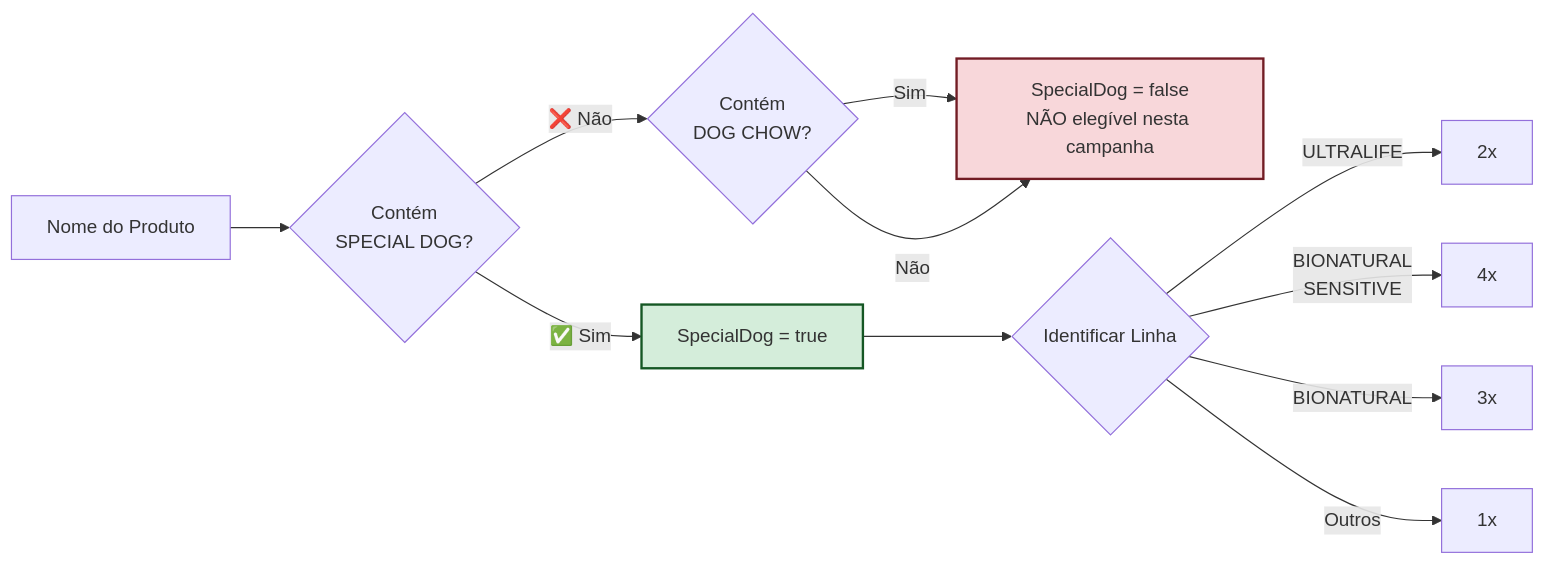
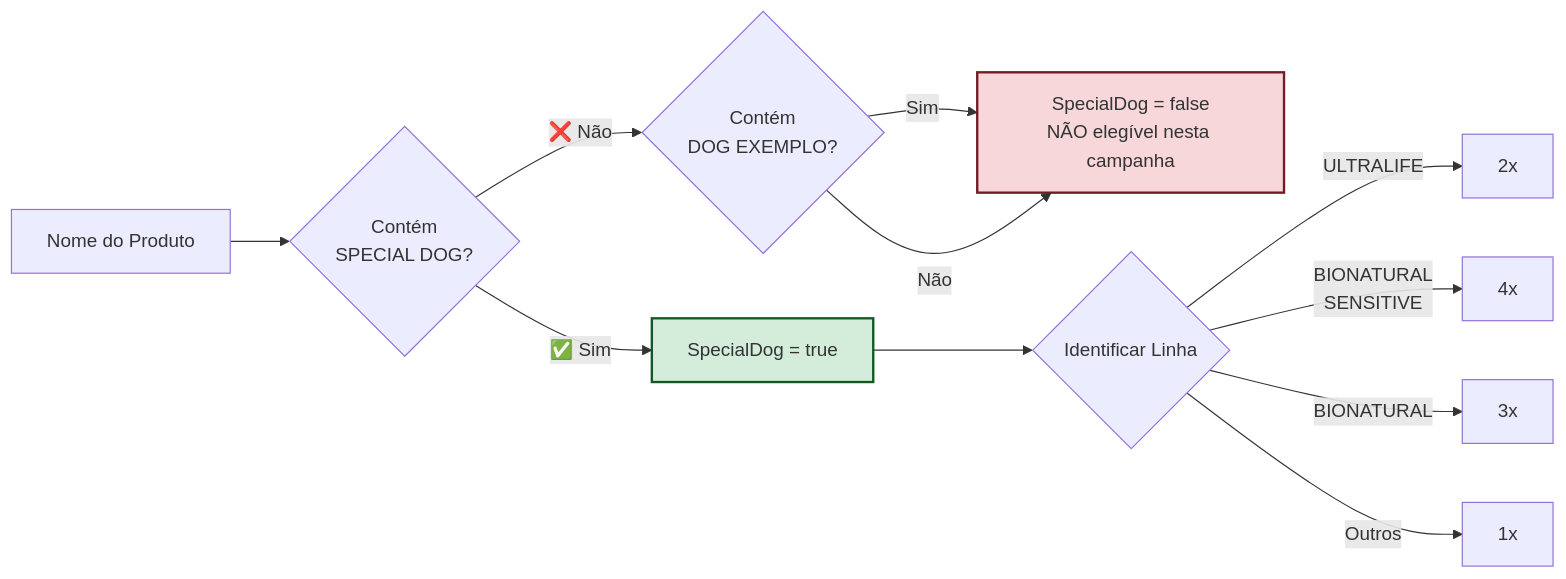
Before and after one commit to LeonardoDalcorso/agent_sorte_de_quem_indica: the seventh of 18 diagrams in README.md, drawn with Mermaid. The commit also changed other lines of this file, not shown here.

````diff
--- a/README.md
+++ b/README.md
@@ -442,17 +442,17 @@
 ```mermaid
 graph LR
     A[Nome do Produto] --> B{Contém<br/>SPECIAL DOG?}
     B -->|✅ Sim| C[SpecialDog = true]
-    B -->|❌ Não| D{Contém<br/>DOG CHOW?}
+    B -->|❌ Não| D{Contém<br/>DOG EXEMPLO?}
     D -->|Sim| E[SpecialDog = false<br/>NÃO elegível nesta campanha]
     D -->|Não| E
     
     C --> F{Identificar Linha}
     F -->|ULTRALIFE| G[2x]
     F -->|BIONATURAL<br/>SENSITIVE| H[4x]
     F -->|BIONATURAL| I[3x]
     F -->|Outros| J[1x]
     
     style C fill:#d4edda,stroke:#155724,stroke-width:2px
     style E fill:#f8d7da,stroke:#721c24,stroke-width:2px
 ```
````
